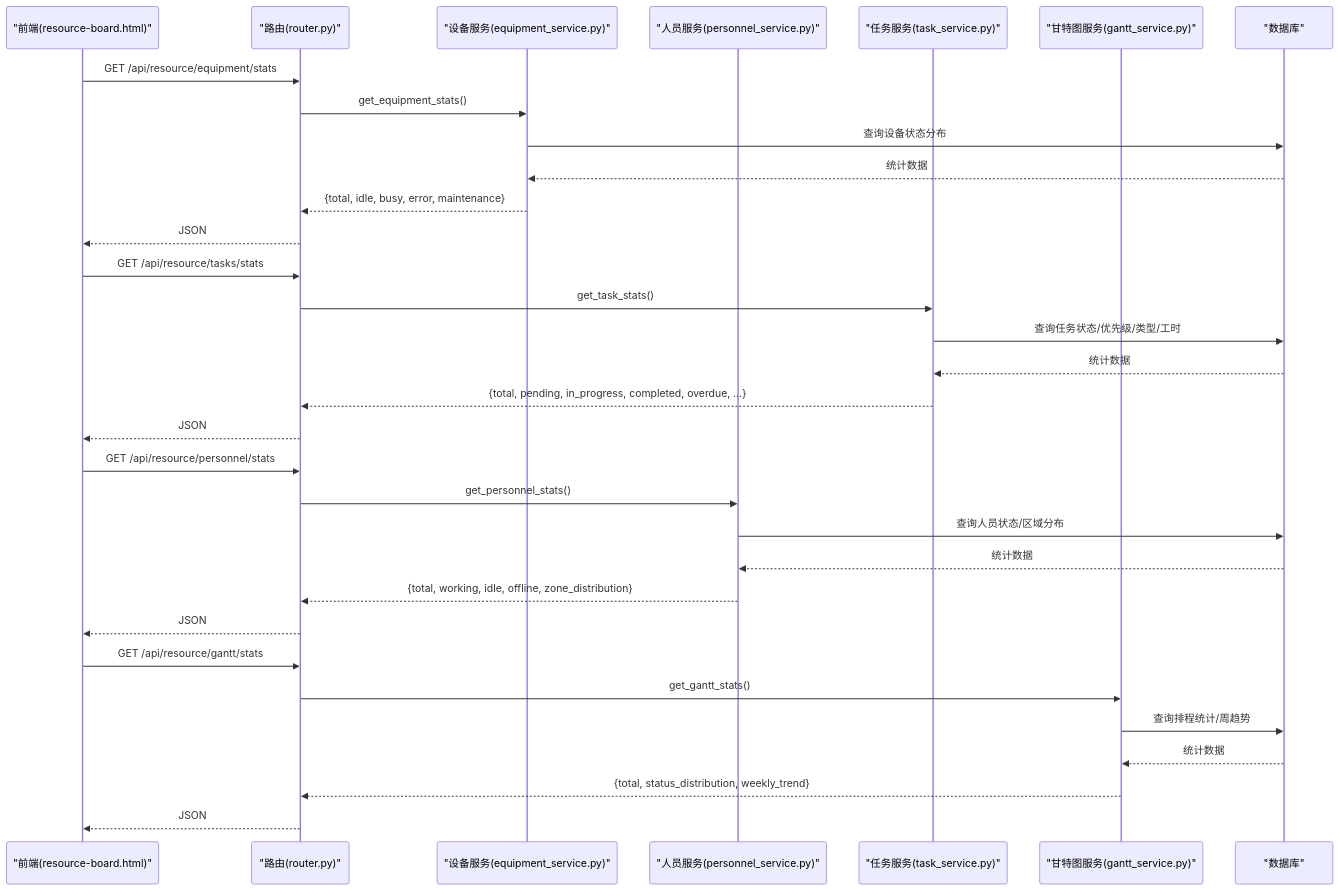
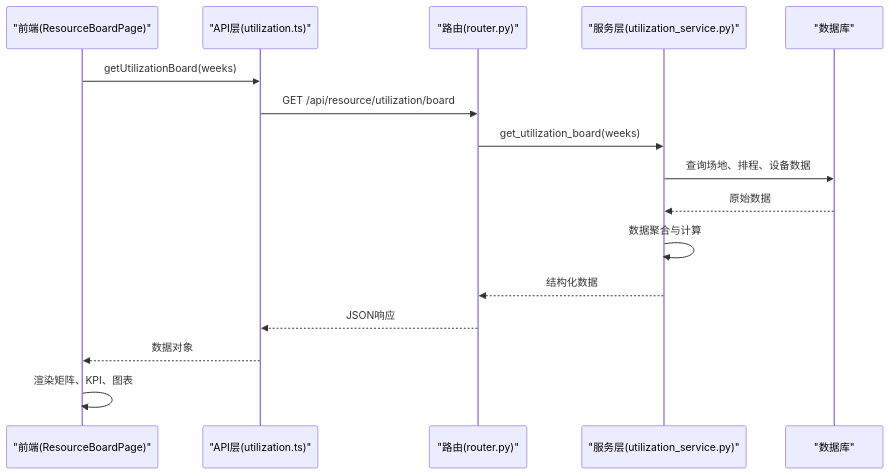
Before and after one commit to JiaStan/shizhi_system_df: the second of 6 diagrams in .qoder/repowiki/zh/content/前端界面/功能模块界面/资源占用看板.md, drawn with Mermaid. The commit also changed other lines of this file and 53 other files, not shown here.

````diff
--- a/.qoder/repowiki/zh/content/前端界面/功能模块界面/资源占用看板.md
+++ b/.qoder/repowiki/zh/content/前端界面/功能模块界面/资源占用看板.md
@@ -107,34 +107,18 @@
 ```mermaid
 sequenceDiagram
-participant FE as "前端(resource-board.html)"
+participant FE as "前端(ResourceBoardPage)"
+participant API as "API层(utilization.ts)"
 participant RT as "路由(router.py)"
-participant ES as "设备服务(equipment_service.py)"
-participant PS as "人员服务(personnel_service.py)"
-participant TS as "任务服务(task_service.py)"
-participant GS as "甘特图服务(gantt_service.py)"
+participant US as "服务层(utilization_service.py)"
 participant DB as "数据库"
-FE->>RT : GET /api/resource/equipment/stats
-RT->>ES : get_equipment_stats()
-ES->>DB : 查询设备状态分布
-DB-->>ES : 统计数据
-ES-->>RT : {total, idle, busy, error, maintenance}
-RT-->>FE : JSON
-FE->>RT : GET /api/resource/tasks/stats
-RT->>TS : get_task_stats()
-TS->>DB : 查询任务状态/优先级/类型/工时
-DB-->>TS : 统计数据
-TS-->>RT : {total, pending, in_progress, completed, overdue, ...}
-RT-->>FE : JSON
-FE->>RT : GET /api/resource/personnel/stats
-RT->>PS : get_personnel_stats()
-PS->>DB : 查询人员状态/区域分布
-DB-->>PS : 统计数据
-PS-->>RT : {total, working, idle, offline, zone_distribution}
-RT-->>FE : JSON
-FE->>RT : GET /api/resource/gantt/stats
-RT->>GS : get_gantt_stats()
-GS->>DB : 查询排程统计/周趋势
-DB-->>GS : 统计数据
-GS-->>RT : {total, status_distribution, weekly_trend}
-RT-->>FE : JSON
+FE->>API : getUtilizationBoard(weeks)
+API->>RT : GET /api/resource/utilization/board
+RT->>US : get_utilization_board(weeks)
+US->>DB : 查询场地、排程、设备数据
+DB-->>US : 原始数据
+US->>US : 数据聚合与计算
+US-->>RT : 结构化数据
+RT-->>API : JSON响应
+API-->>FE : 数据对象
+FE->>FE : 渲染矩阵、KPI、图表
 ```
````
